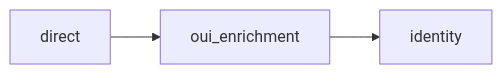
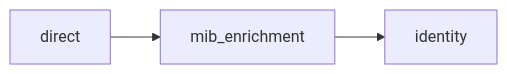
One commit to davidban77/rastreo changed the second of 2 diagrams in docs/site/docs/discover/identity.md. Above: the diagram before and after it, drawn with Mermaid. The commit also changed other lines of this file and 61 other files, not shown here.

Commit message:
feat(core): remove OUI enrichment (#234)

````diff
--- a/docs/site/docs/discover/identity.md
+++ b/docs/site/docs/discover/identity.md
@@ -21,5 +37,5 @@
 ```mermaid
 flowchart LR
-    D[direct] --> O[oui_enrichment]
-    O --> I[identity]
+    D[direct] --> M[mib_enrichment]
+    M --> I[identity]
 ```
````
